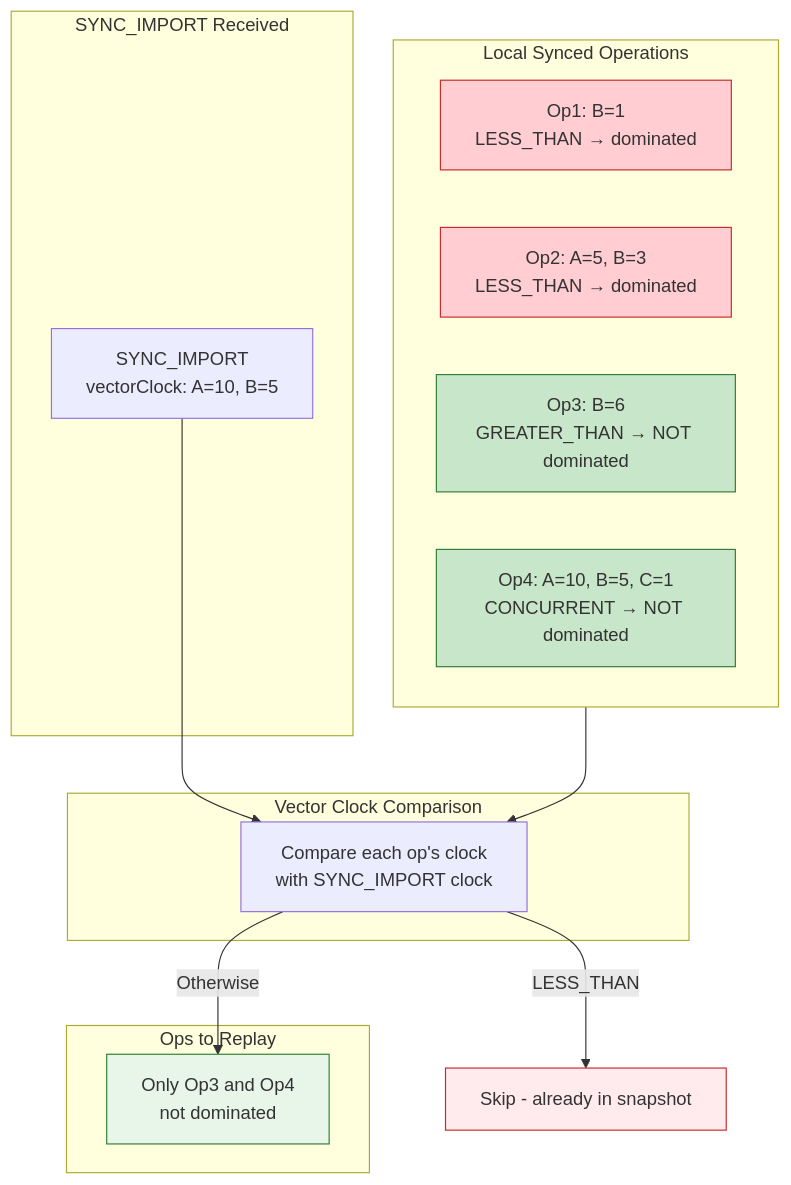
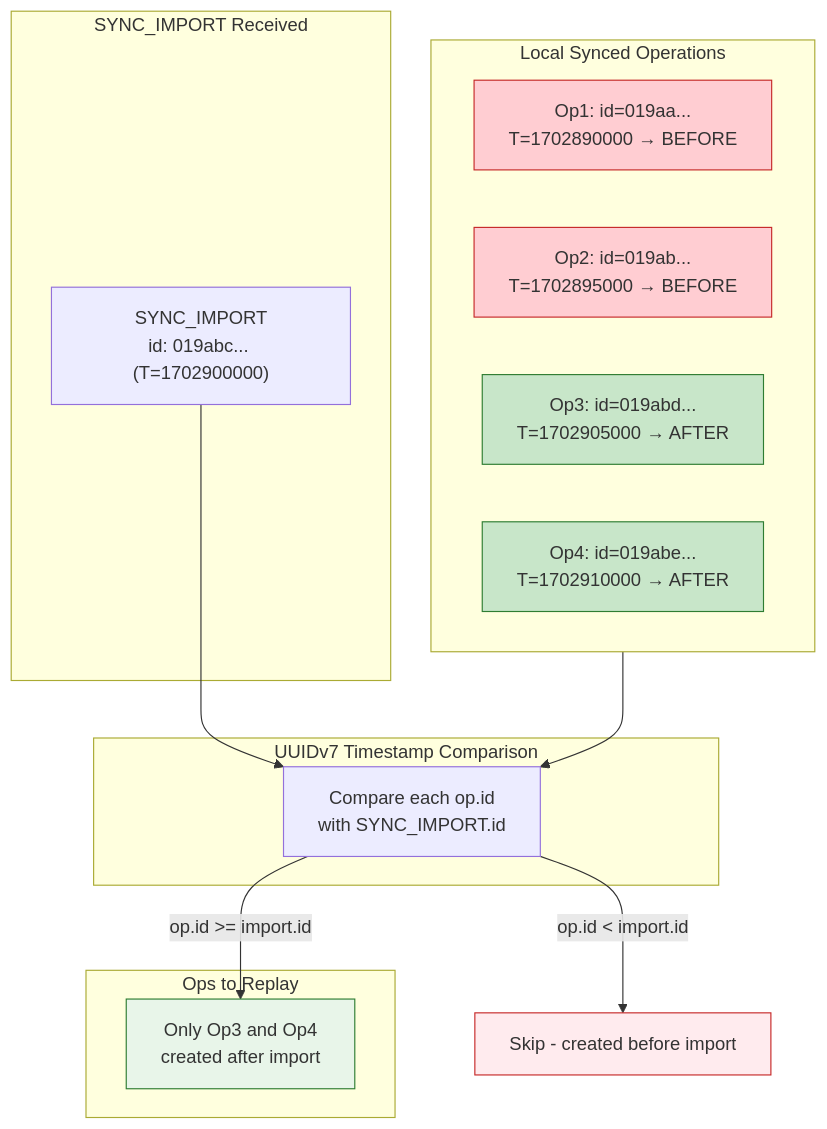
Before and after one commit to johannesjo/super-productivity: the fifth of 29 diagrams in src/app/core/persistence/operation-log/docs/operation-log-architecture-diagrams.md, drawn with Mermaid. The commit also changed other lines of this file, not shown here.

First line of the commit message:
fix(docs): correct late-joiner replay section to describe UUIDv7 filtering

````diff
--- a/src/app/core/persistence/operation-log/docs/operation-log-architecture-diagrams.md
+++ b/src/app/core/persistence/operation-log/docs/operation-log-architecture-diagrams.md
@@ -449,33 +449,33 @@
 ```mermaid
 flowchart TD
     subgraph Input["SYNC_IMPORT Received"]
-        SI["SYNC_IMPORT<br/>vectorClock: A=10, B=5"]
+        SI["SYNC_IMPORT<br/>id: 019abc... (T=1702900000)"]
     end
 
     subgraph LocalOps["Local Synced Operations"]
-        Op1["Op1: B=1<br/>LESS_THAN → dominated"]
-        Op2["Op2: A=5, B=3<br/>LESS_THAN → dominated"]
-        Op3["Op3: B=6<br/>GREATER_THAN → NOT dominated"]
-        Op4["Op4: A=10, B=5, C=1<br/>CONCURRENT → NOT dominated"]
+        Op1["Op1: id=019aa...<br/>T=1702890000 → BEFORE"]
+        Op2["Op2: id=019ab...<br/>T=1702895000 → BEFORE"]
+        Op3["Op3: id=019abd...<br/>T=1702905000 → AFTER"]
+        Op4["Op4: id=019abe...<br/>T=1702910000 → AFTER"]
     end
 
-    subgraph Filter["Vector Clock Comparison"]
-        Check["Compare each op's clock<br/>with SYNC_IMPORT clock"]
+    subgraph Filter["UUIDv7 Timestamp Comparison"]
+        Check["Compare each op.id<br/>with SYNC_IMPORT.id"]
     end
 
     subgraph Result["Ops to Replay"]
-        Replay["Only Op3 and Op4<br/>not dominated"]
+        Replay["Only Op3 and Op4<br/>created after import"]
     end
 
     SI --> Check
     LocalOps --> Check
-    Check --> |"LESS_THAN"| Skip["Skip - already in snapshot"]
-    Check --> |"Otherwise"| Replay
+    Check --> |"op.id < import.id"| Skip["Skip - created before import"]
+    Check --> |"op.id >= import.id"| Replay
 
     style Op1 fill:#ffcdd2,stroke:#c62828
     style Op2 fill:#ffcdd2,stroke:#c62828
     style Op3 fill:#c8e6c9,stroke:#2e7d32
     style Op4 fill:#c8e6c9,stroke:#2e7d32
     style Skip fill:#ffebee,stroke:#c62828
     style Replay fill:#e8f5e9,stroke:#2e7d32
 ```
````
